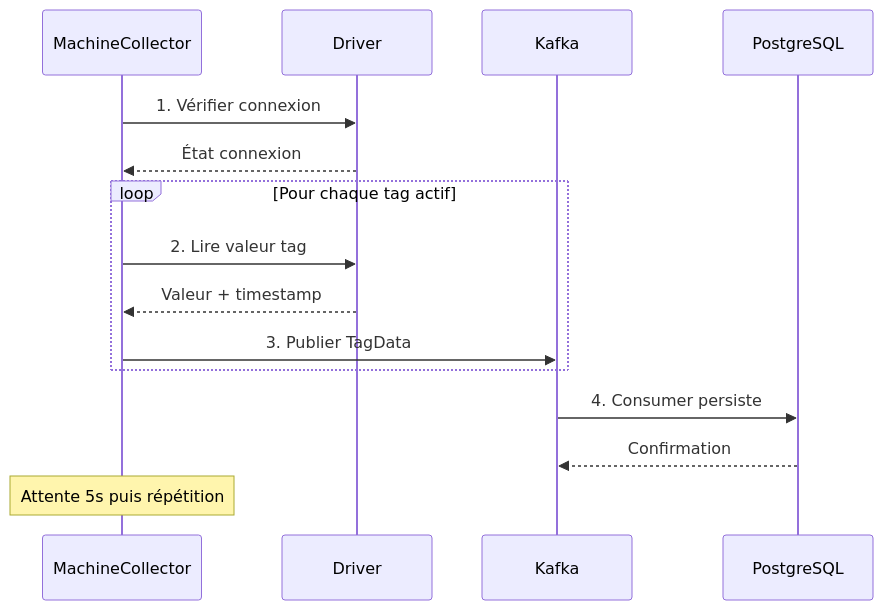
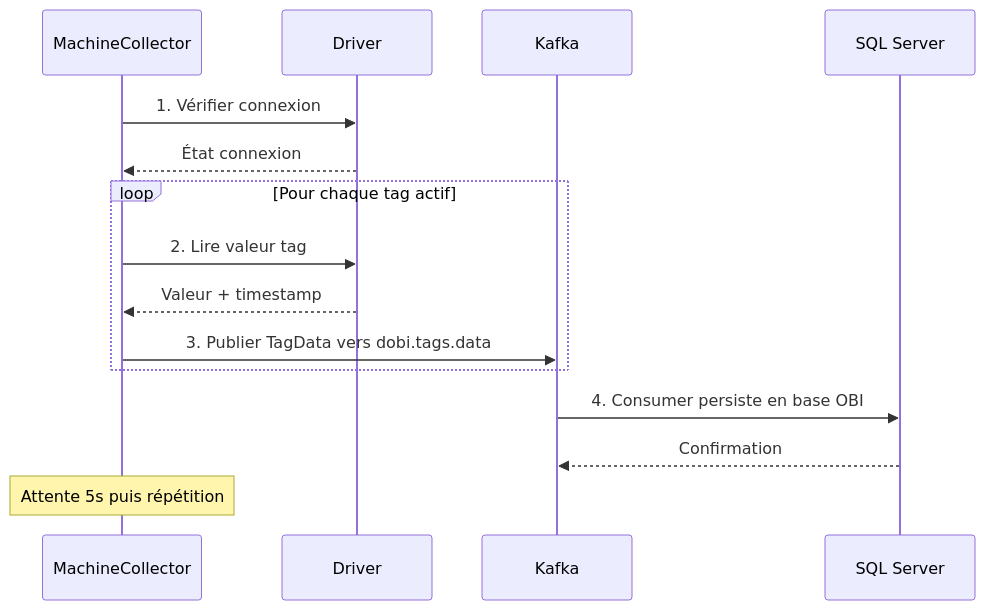
The second of 3 diagrams in readme.md (obiorg/DOBI), drawn with Mermaid before and after one commit. The commit also changed other lines of this file and 2 other files, not shown here.

````diff
--- a/readme.md
+++ b/readme.md
@@ -439,21 +537,21 @@
 ```mermaid
 sequenceDiagram
     participant MC as MachineCollector
     participant D as Driver
     participant K as Kafka
-    participant DB as PostgreSQL
+    participant DB as SQL Server
     
     MC->>D: 1. Vérifier connexion
     D-->>MC: État connexion
     
     loop Pour chaque tag actif
         MC->>D: 2. Lire valeur tag
         D-->>MC: Valeur + timestamp
-        MC->>K: 3. Publier TagData
+        MC->>K: 3. Publier TagData vers dobi.tags.data
     end
     
-    K->>DB: 4. Consumer persiste
+    K->>DB: 4. Consumer persiste en base OBI
     DB-->>K: Confirmation
     
     Note over MC: Attente 5s puis répétition
 ```
````
